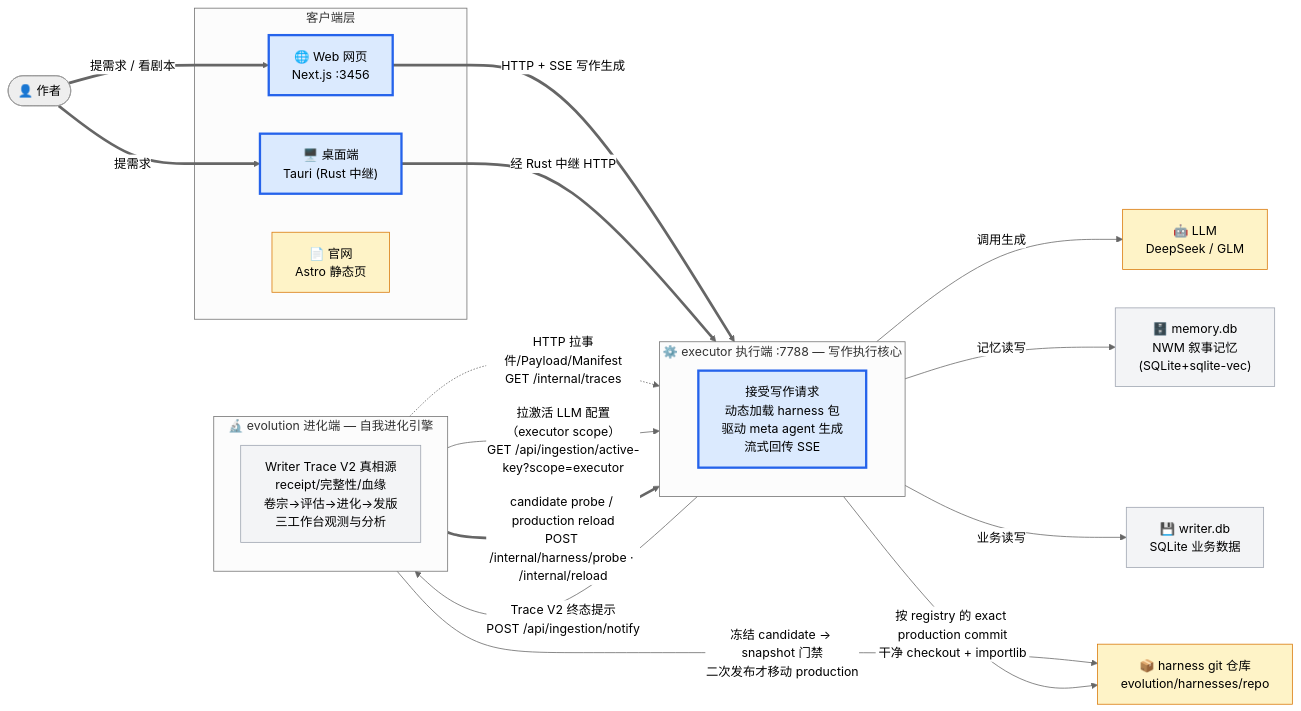
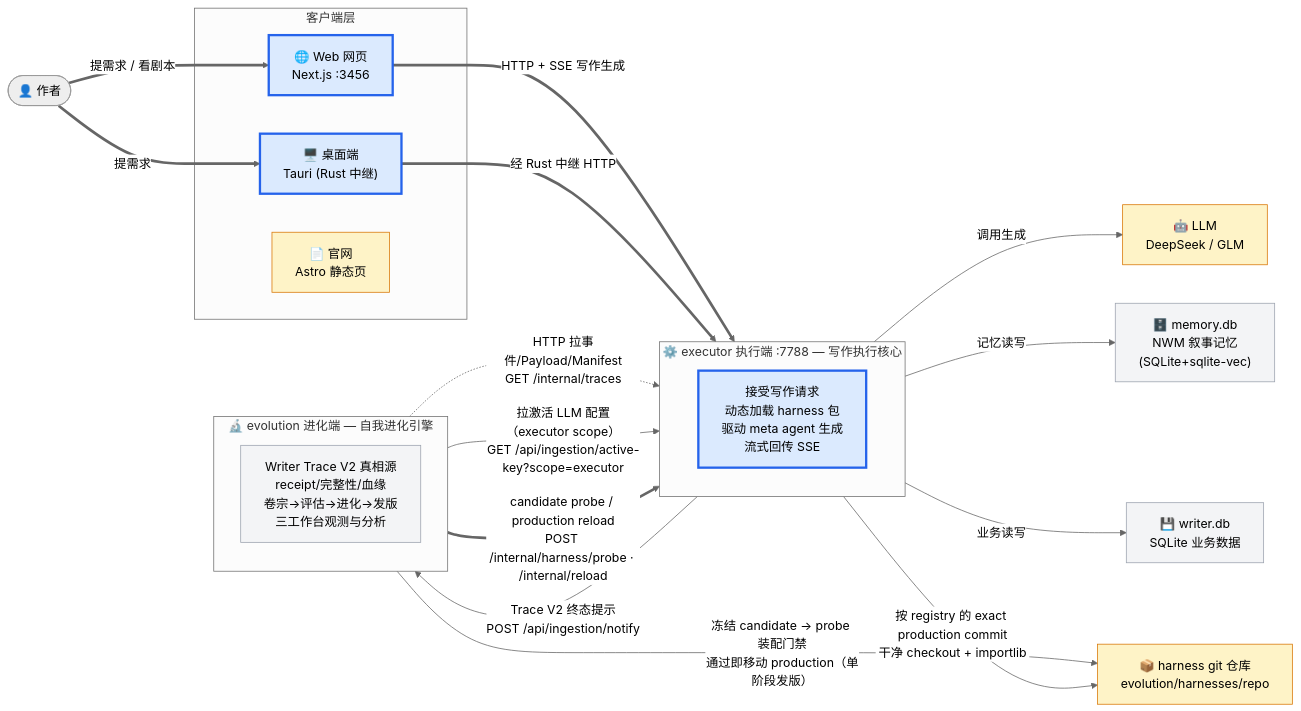
Before and after one commit to gaoshoupaper-code/EvoWriter: the first of 8 diagrams in docs/系统心智模型.md, drawn with Mermaid (neutral theme). The commit also changed other lines of this file and 6 other files, not shown here.

````diff
--- a/docs/系统心智模型.md
+++ b/docs/系统心智模型.md
@@ -42,57 +42,57 @@
 ```mermaid
 flowchart LR
     Author(["👤 作者"])
 
     subgraph Clients["客户端层"]
         Web["🌐 Web 网页<br/>Next.js :3456"]
         Desk["🖥️ 桌面端<br/>Tauri (Rust 中继)"]
         Site["📄 官网<br/>Astro 静态页"]
     end
 
     subgraph EX["⚙️ executor 执行端 :7788 — 写作执行核心"]
         direction TB
         EX_Core["接受写作请求<br/>动态加载 harness 包<br/>驱动 meta agent 生成<br/>流式回传 SSE"]
     end
 
     subgraph EV["🔬 evolution 进化端 — 自我进化引擎"]
         direction TB
         EV_Core["Writer Trace V2 真相源<br/>receipt/完整性/血缘<br/>卷宗→评估→进化→发版<br/>三工作台观测与分析"]
     end
 
     LLM["🤖 LLM<br/>DeepSeek / GLM"]
     MemDB["🗄️ memory.db<br/>NWM 叙事记忆<br/>(SQLite+sqlite-vec)"]
     DB["💾 writer.db<br/>SQLite 业务数据"]
     GitRepo["📦 harness git 仓库<br/>evolution/harnesses/repo"]
 
     %% 主线：写作生成全旅途（粗箭头）
     Author ==>|"提需求 / 看剧本"| Web
     Author ==>|"提需求"| Desk
     Web ==>|"HTTP + SSE 写作生成"| EX_Core
     Desk ==>|"经 Rust 中继 HTTP"| EX_Core
 
     %% executor 调外部
     EX_Core -->|"调用生成"| LLM
     EX_Core -->|"记忆读写"| MemDB
     EX_Core -->|"业务读写"| DB
 
     %% 进化闭环：executor ↔ evolution
     EX_Core -->|"Trace V2 终态提示<br/>POST /api/ingestion/notify"| EV_Core
     EV_Core -.->|"HTTP 拉事件/Payload/Manifest<br/>GET /internal/traces"| EX_Core
     EV_Core -->|"拉激活 LLM 配置（executor scope）<br/>GET /api/ingestion/active-key?scope=executor"| EX_Core
     EV_Core ==>|"candidate probe / production reload<br/>POST /internal/harness/probe · /internal/reload"| EX_Core
 
     %% harness 包加载
     EX_Core -->|"按 registry 的 exact production commit<br/>干净 checkout + importlib"| GitRepo
-    EV_Core -->|"冻结 candidate → snapshot 门禁<br/>二次发布才移动 production"| GitRepo
+    EV_Core -->|"冻结 candidate → probe 装配门禁<br/>通过即移动 production（单阶段发版）"| GitRepo
 
     %% 官网独立
     Site
 
     classDef main fill:#dbeafe,stroke:#2563eb,stroke-width:3px
     classDef side fill:#f3f4f6,stroke:#9ca3af
     classDef ext fill:#fef3c7,stroke:#d97706
 
     class Web,Desk,EX_Core main
     class EV_Core,DB,MemDB side
     class LLM,GitRepo,Site ext
 ```
````
